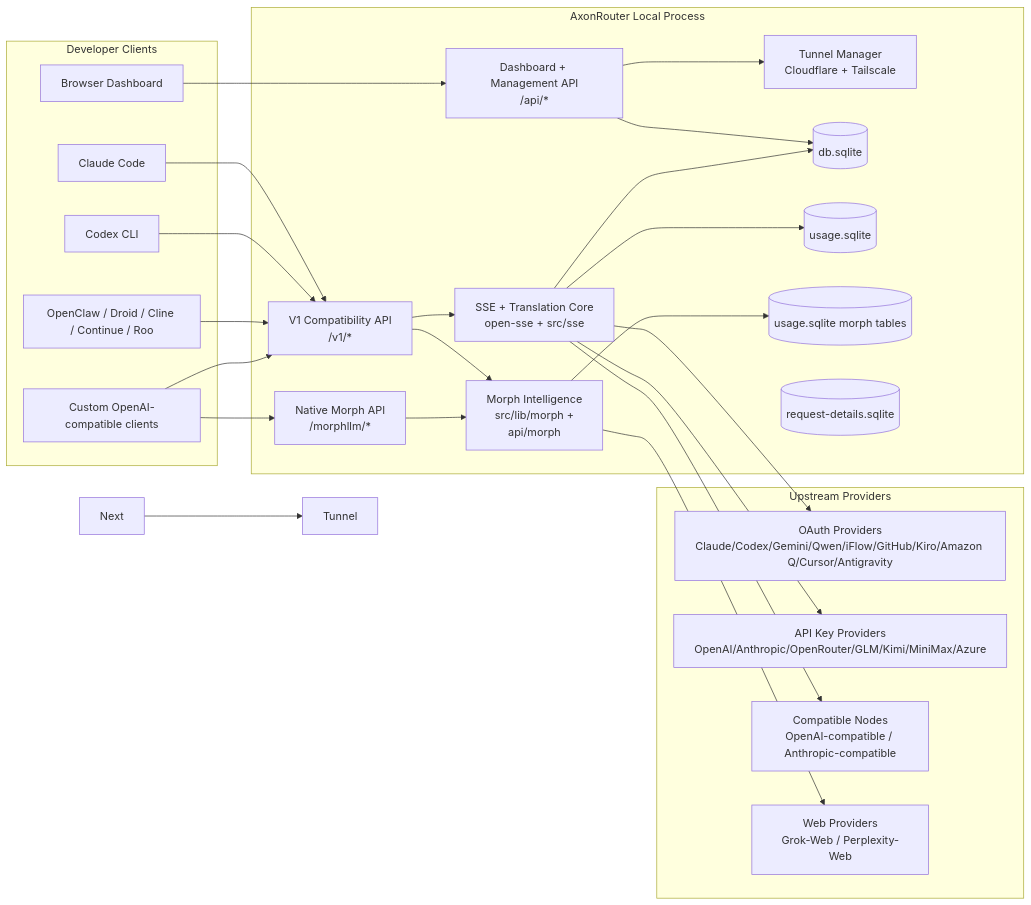
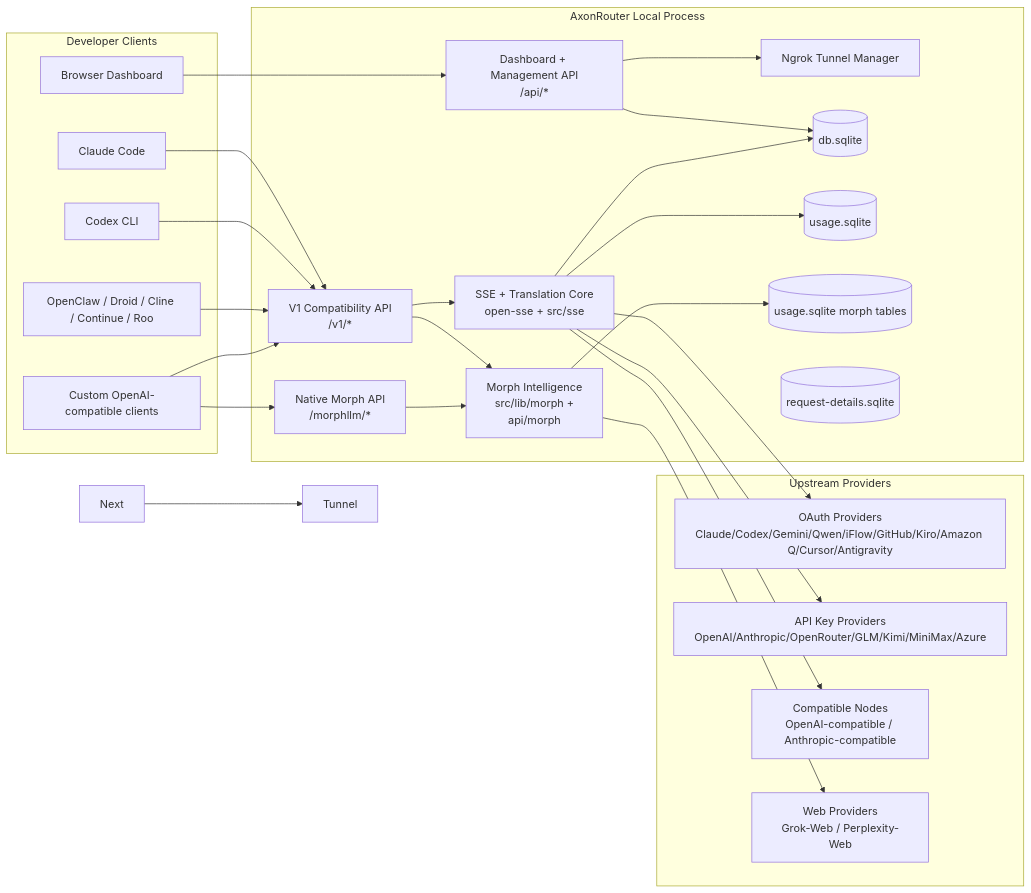
Before and after one commit to rickicode/AxonRouter: the first of 8 diagrams in docs/ARCHITECTURE.md, drawn with Mermaid. The commit also changed other lines of this file and 159 other files, not shown here.

````diff
--- a/docs/ARCHITECTURE.md
+++ b/docs/ARCHITECTURE.md
@@ -59,53 +58,53 @@
 ```mermaid
 flowchart LR
     subgraph Clients[Developer Clients]
         C1[Claude Code]
         C2[Codex CLI]
         C3[OpenClaw / Droid / Cline / Continue / Roo]
         C4[Custom OpenAI-compatible clients]
         BROWSER[Browser Dashboard]
     end
 
     subgraph Router[AxonRouter Local Process]
         API[V1 Compatibility API\n/v1/*]
         MORPHHTTP[Native Morph API\n/morphllm/*]
         DASH[Dashboard + Management API\n/api/*]
         CORE[SSE + Translation Core\nopen-sse + src/sse]
         MORPH[Morph Intelligence\nsrc/lib/morph +\napi/morph]
-        TUNNEL[Tunnel Manager\nCloudflare + Tailscale]
+        TUNNEL[Ngrok Tunnel Manager]
         DB[(db.sqlite)]
         UDB[(usage.sqlite)]
         MDB[(usage.sqlite morph tables)]
         RDB[(request-details.sqlite)]
     end
 
     subgraph Upstreams[Upstream Providers]
         P1[OAuth Providers\nClaude/Codex/Gemini/Qwen/iFlow/GitHub/Kiro/Amazon Q/Cursor/Antigravity]
         P2[API Key Providers\nOpenAI/Anthropic/OpenRouter/GLM/Kimi/MiniMax/Azure]
         P3[Compatible Nodes\nOpenAI-compatible / Anthropic-compatible]
         P4[Web Providers\nGrok-Web / Perplexity-Web]
     end
 
     C1 --> API
     C2 --> API
     C3 --> API
     C4 --> API
     C4 --> MORPHHTTP
     BROWSER --> DASH
 
     API --> CORE
     API --> MORPH
     MORPHHTTP --> MORPH
     DASH --> DB
     DASH --> TUNNEL
     CORE --> DB
     CORE --> UDB
     MORPH --> MDB
     MORPH --> P4
 
     CORE --> P1
     CORE --> P2
     CORE --> P3
 
     Next --> Tunnel
 ```
````
